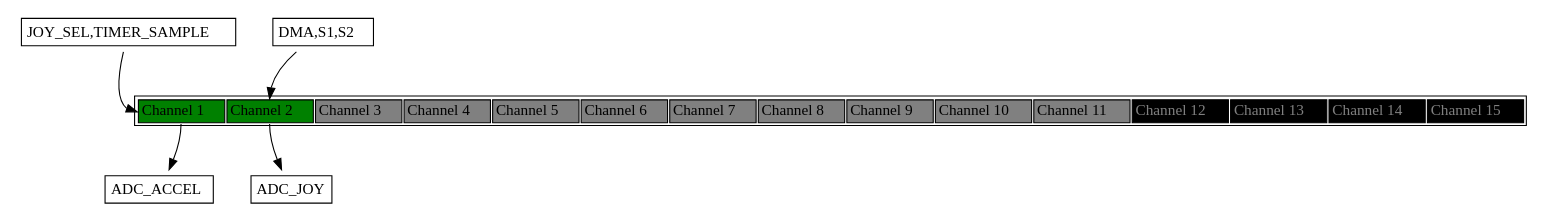
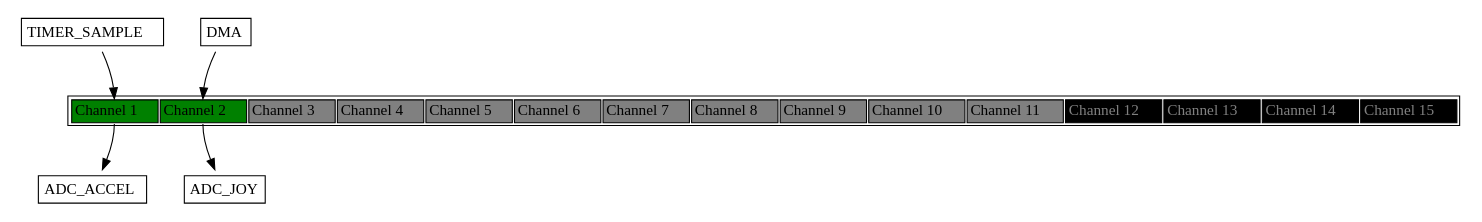
The diagram in Debug/syscfg/Event.dot (obsfeil/Motion_Music_Studio), drawn with Graphviz before and after one commit. The commit also changed 26 other files, not shown here.

```diff
--- a/Debug/syscfg/Event.dot
+++ b/Debug/syscfg/Event.dot
@@ -1,64 +1,64 @@
 
 
 digraph H {
 
   parent [
    shape=plaintext
    label=<
      <table border='1' cellborder='1'>
        <tr>
             <td bgcolor="green" port='chan_1'>Channel 1</td>
             <td bgcolor="green" port='chan_2'>Channel 2</td>
             <td bgcolor="grey" port='chan_3'>Channel 3</td>
             <td bgcolor="grey" port='chan_4'>Channel 4</td>
             <td bgcolor="grey" port='chan_5'>Channel 5</td>
             <td bgcolor="grey" port='chan_6'>Channel 6</td>
             <td bgcolor="grey" port='chan_7'>Channel 7</td>
             <td bgcolor="grey" port='chan_8'>Channel 8</td>
             <td bgcolor="grey" port='chan_9'>Channel 9</td>
             <td bgcolor="grey" port='chan_10'>Channel 10</td>
             <td bgcolor="grey" port='chan_11'>Channel 11</td>
             <td bgcolor="black" port='chan_12'><font color="grey">Channel 12</font></td>
             <td bgcolor="black" port='chan_13'><font color="grey">Channel 13</font></td>
             <td bgcolor="black" port='chan_14'><font color="grey">Channel 14</font></td>
             <td bgcolor="black" port='chan_15'><font color="grey">Channel 15</font></td>
          </tr>
      </table>
   >];
 
 pub_chan_1 [
     shape=plaintext
     label=<
     <table border='1'  cellborder='0'>
-      <tr><td>JOY_SEL,TIMER_SAMPLE</td></tr>
+      <tr><td>TIMER_SAMPLE</td></tr>
     </table>
     >];
 pub_chan_1 -> parent: chan_1;
 
 sub_chan_1_0 [
   shape=plaintext
   label=<
     <table border='1'  cellborder='0'>
       <tr><td>ADC_ACCEL</td></tr>
     </table>
   >];
 parent: chan_1 -> sub_chan_1_0;
 pub_chan_2 [
     shape=plaintext
     label=<
     <table border='1'  cellborder='0'>
-      <tr><td>DMA,S1,S2</td></tr>
+      <tr><td>DMA</td></tr>
     </table>
     >];
 pub_chan_2 -> parent: chan_2;
 
 sub_chan_2_0 [
   shape=plaintext
   label=<
     <table border='1'  cellborder='0'>
       <tr><td>ADC_JOY</td></tr>
     </table>
   >];
 parent: chan_2 -> sub_chan_2_0;
 
 }
```
